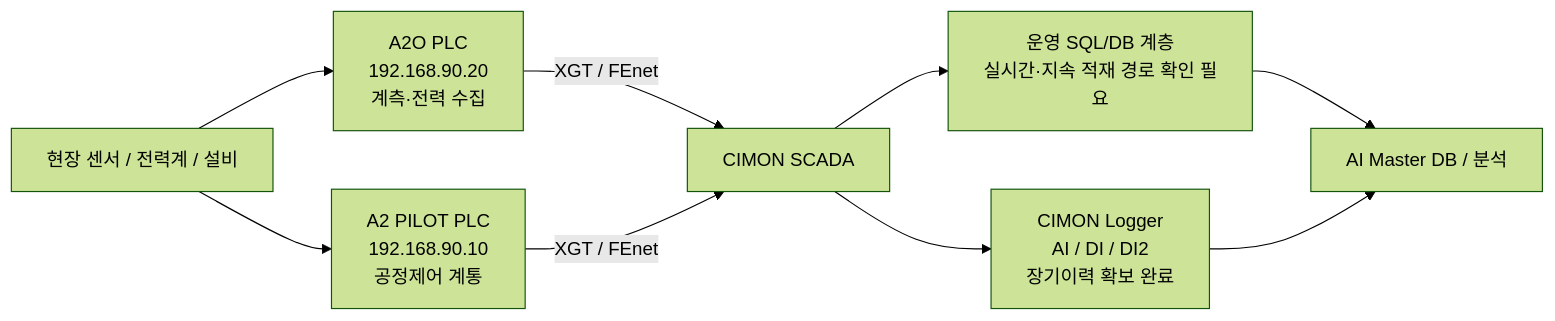
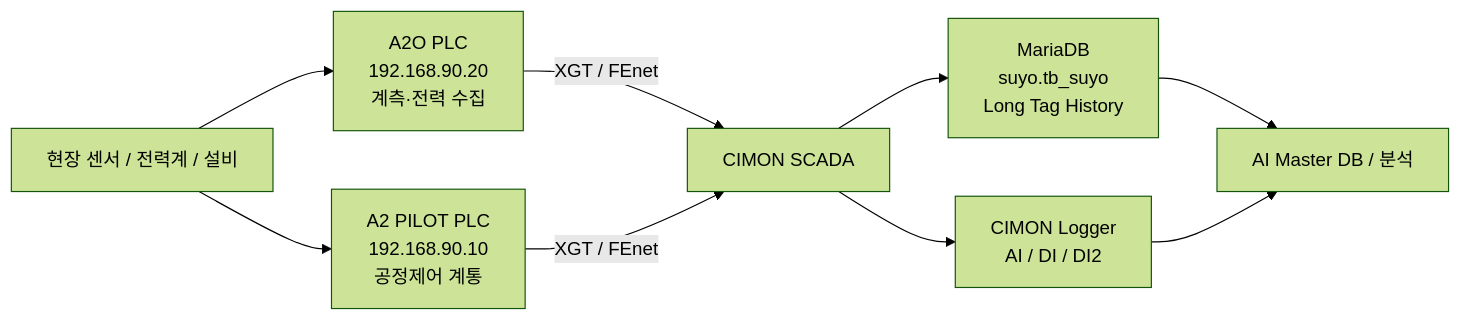
Before and after one commit to hori5000/Rulmera-OPA: the diagram in 20-Water-AI/중랑/20-현장-시스템/01-중랑-데이터흐름-및-시스템경계.md, drawn with Mermaid (forest theme). The commit also changed other lines of this file and 221 other files, not shown here.

````diff
--- a/20-Water-AI/중랑/20-현장-시스템/01-중랑-데이터흐름-및-시스템경계.md
+++ b/20-Water-AI/중랑/20-현장-시스템/01-중랑-데이터흐름-및-시스템경계.md
@@ -37,11 +35,11 @@
 ```mermaid
 flowchart LR
     SENSOR["현장 센서 / 전력계 / 설비"] --> A2O["A2O PLC<br/>192.168.90.20<br/>계측·전력 수집"]
     SENSOR --> A2P["A2 PILOT PLC<br/>192.168.90.10<br/>공정제어 계통"]
     A2O -->|"XGT / FEnet"| SCADA["CIMON SCADA"]
     A2P -->|"XGT / FEnet"| SCADA
-    SCADA --> DB["운영 SQL/DB 계층<br/>실시간·지속 적재 경로 확인 필요"]
-    SCADA --> LOGGER["CIMON Logger<br/>AI / DI / DI2<br/>장기이력 확보 완료"]
+    SCADA --> DB["MariaDB<br/>suyo.tb_suyo<br/>Long Tag History"]
+    SCADA --> LOGGER["CIMON Logger<br/>AI / DI / DI2"]
     DB --> AI["AI Master DB / 분석"]
     LOGGER --> AI
 ```
````
